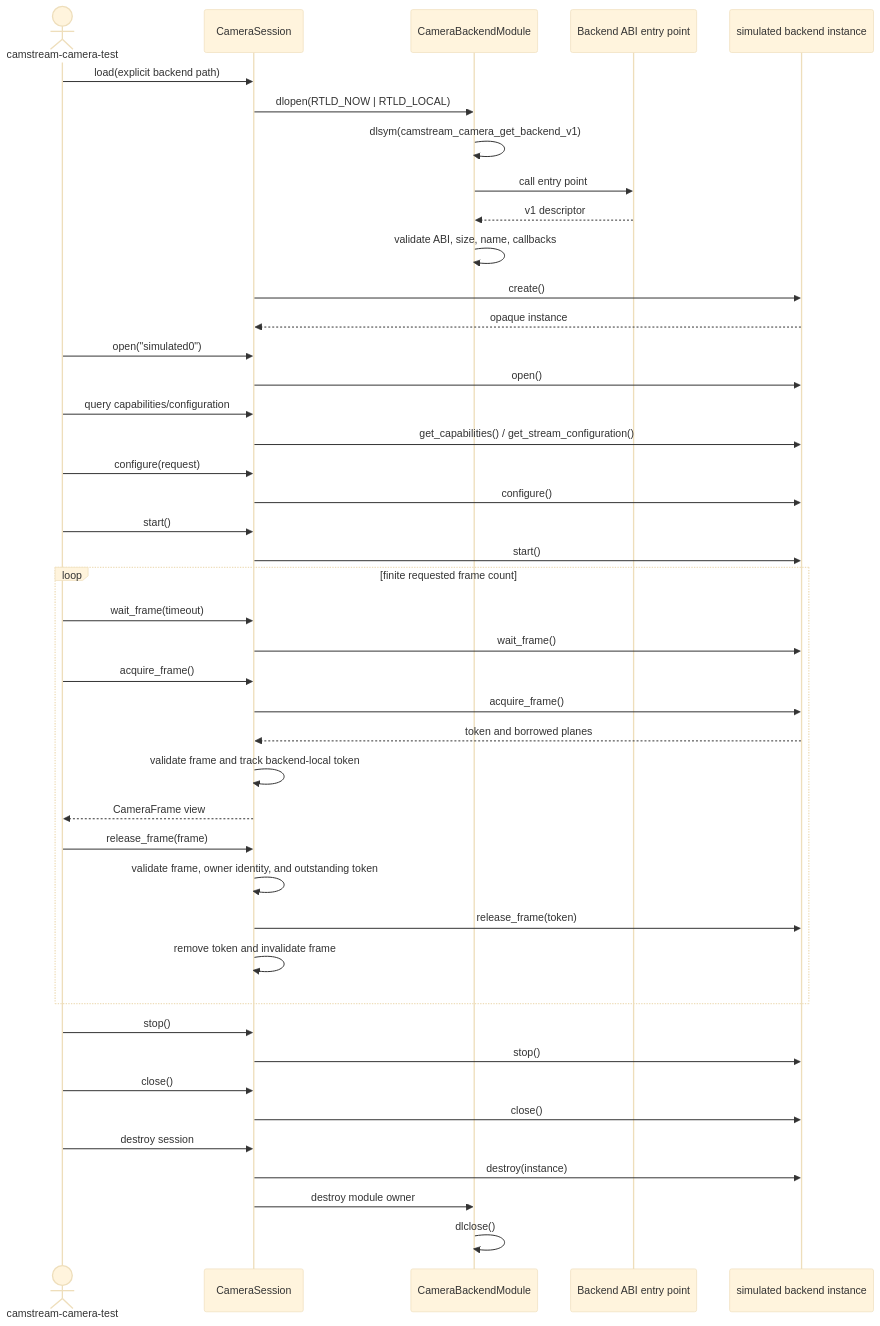
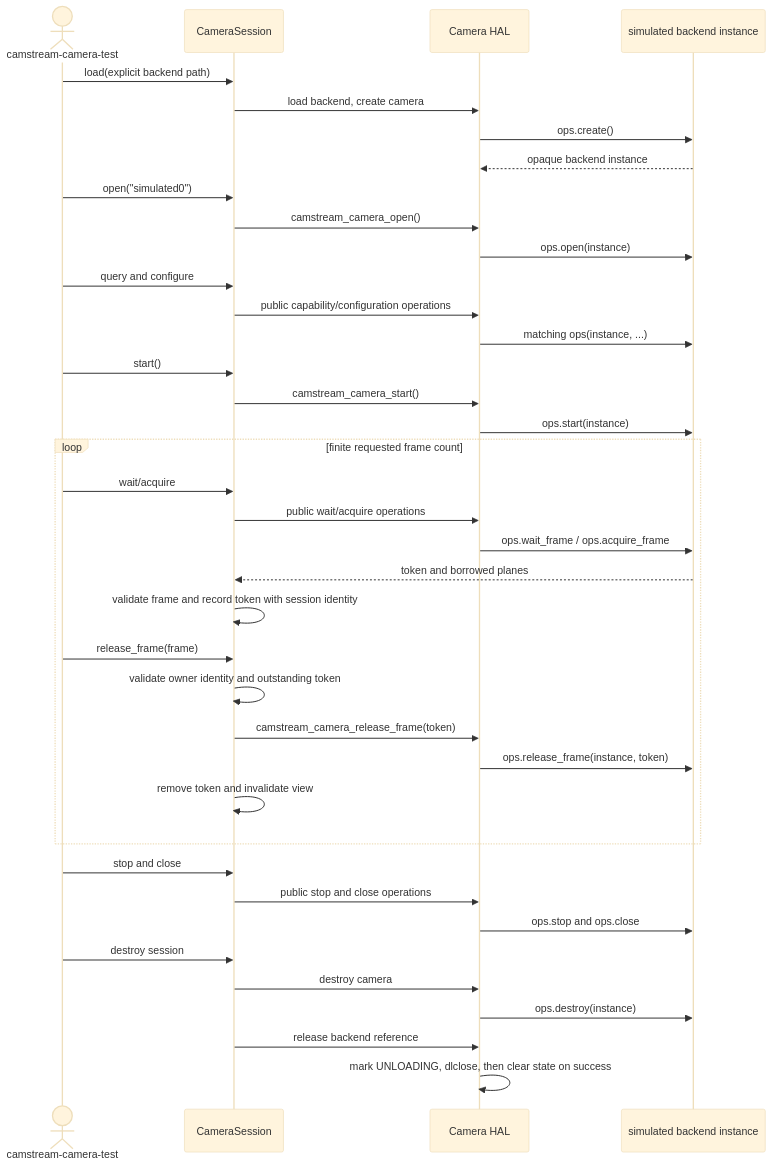
One commit to tungnhs2014/camstream-control changed the third of 3 diagrams in docs/architecture/runtime-flows.md. Above: the diagram before and after it, drawn with Mermaid (base theme). The commit also changed other lines of this file and 30 other files, not shown here.

Commit message:
refactor: complete camera HAL architecture

````diff
--- a/docs/architecture/runtime-flows.md
+++ b/docs/architecture/runtime-flows.md
@@ -9,46 +52,41 @@
 ```mermaid
 sequenceDiagram
     actor App as camstream-camera-test
     participant Session as CameraSession
-    participant Loader as CameraBackendModule
-    participant Entry as Backend ABI entry point
+    participant HAL as Camera HAL
     participant Backend as simulated backend instance
 
     App->>Session: load(explicit backend path)
-    Session->>Loader: dlopen(RTLD_NOW | RTLD_LOCAL)
-    Loader->>Loader: dlsym(camstream_camera_get_backend_v1)
-    Loader->>Entry: call entry point
-    Entry-->>Loader: v1 descriptor
-    Loader->>Loader: validate ABI, size, name, callbacks
-    Session->>Backend: create()
-    Backend-->>Session: opaque instance
+    Session->>HAL: load backend, create camera
+    HAL->>Backend: ops.create()
+    Backend-->>HAL: opaque backend instance
     App->>Session: open("simulated0")
-    Session->>Backend: open()
-    App->>Session: query capabilities/configuration
-    Session->>Backend: get_capabilities() / get_stream_configuration()
-    App->>Session: configure(request)
-    Session->>Backend: configure()
+    Session->>HAL: camstream_camera_open()
+    HAL->>Backend: ops.open(instance)
+    App->>Session: query and configure
+    Session->>HAL: public capability/configuration operations
+    HAL->>Backend: matching ops(instance, ...)
     App->>Session: start()
-    Session->>Backend: start()
+    Session->>HAL: camstream_camera_start()
+    HAL->>Backend: ops.start(instance)
     loop finite requested frame count
-        App->>Session: wait_frame(timeout)
-        Session->>Backend: wait_frame()
-        App->>Session: acquire_frame()
-        Session->>Backend: acquire_frame()
+        App->>Session: wait/acquire
+        Session->>HAL: public wait/acquire operations
+        HAL->>Backend: ops.wait_frame / ops.acquire_frame
         Backend-->>Session: token and borrowed planes
-        Session->>Session: validate frame and track backend-local token
-        Session-->>App: CameraFrame view
+        Session->>Session: validate frame and record token with session identity
         App->>Session: release_frame(frame)
-        Session->>Session: validate frame, owner identity, and outstanding token
-        Session->>Backend: release_frame(token)
-        Session->>Session: remove token and invalidate frame
+        Session->>Session: validate owner identity and outstanding token
+        Session->>HAL: camstream_camera_release_frame(token)
+        HAL->>Backend: ops.release_frame(instance, token)
+        Session->>Session: remove token and invalidate view
     end
-    App->>Session: stop()
-    Session->>Backend: stop()
-    App->>Session: close()
-    Session->>Backend: close()
+    App->>Session: stop and close
+    Session->>HAL: public stop and close operations
+    HAL->>Backend: ops.stop and ops.close
     App->>Session: destroy session
-    Session->>Backend: destroy(instance)
-    Session->>Loader: destroy module owner
-    Loader->>Loader: dlclose()
+    Session->>HAL: destroy camera
+    HAL->>Backend: ops.destroy(instance)
+    Session->>HAL: release backend reference
+    HAL->>HAL: mark UNLOADING, dlclose, then clear state on success
 ```
````
